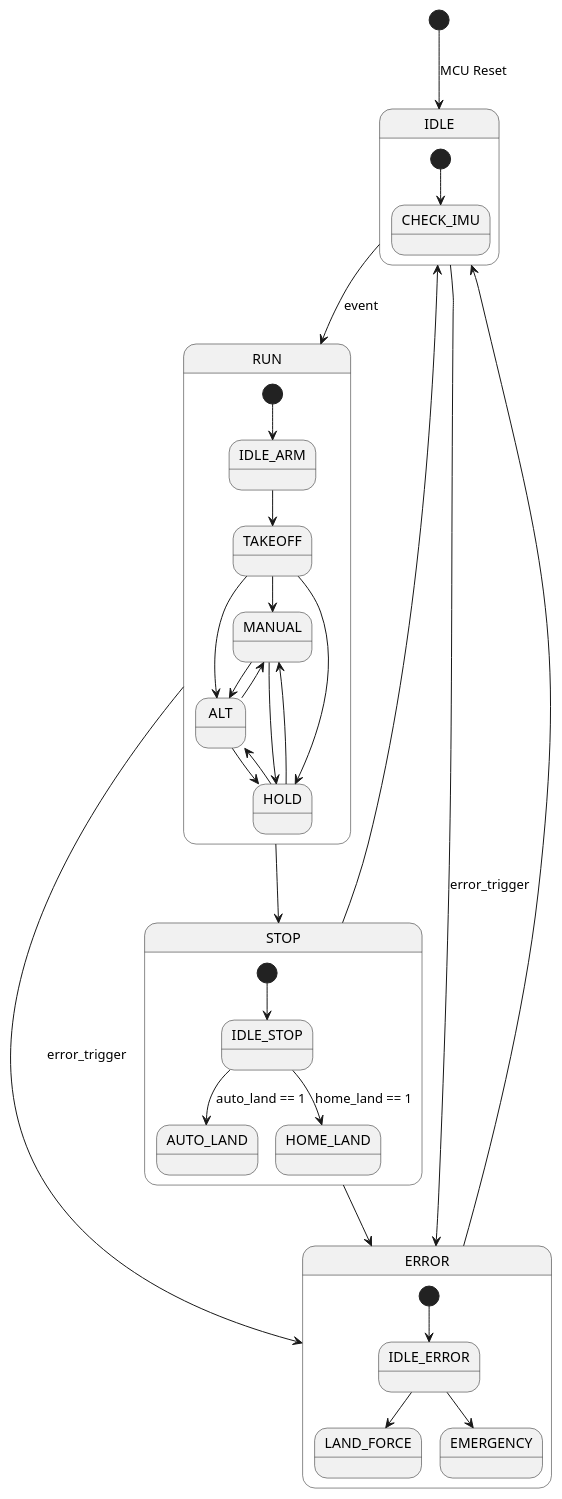
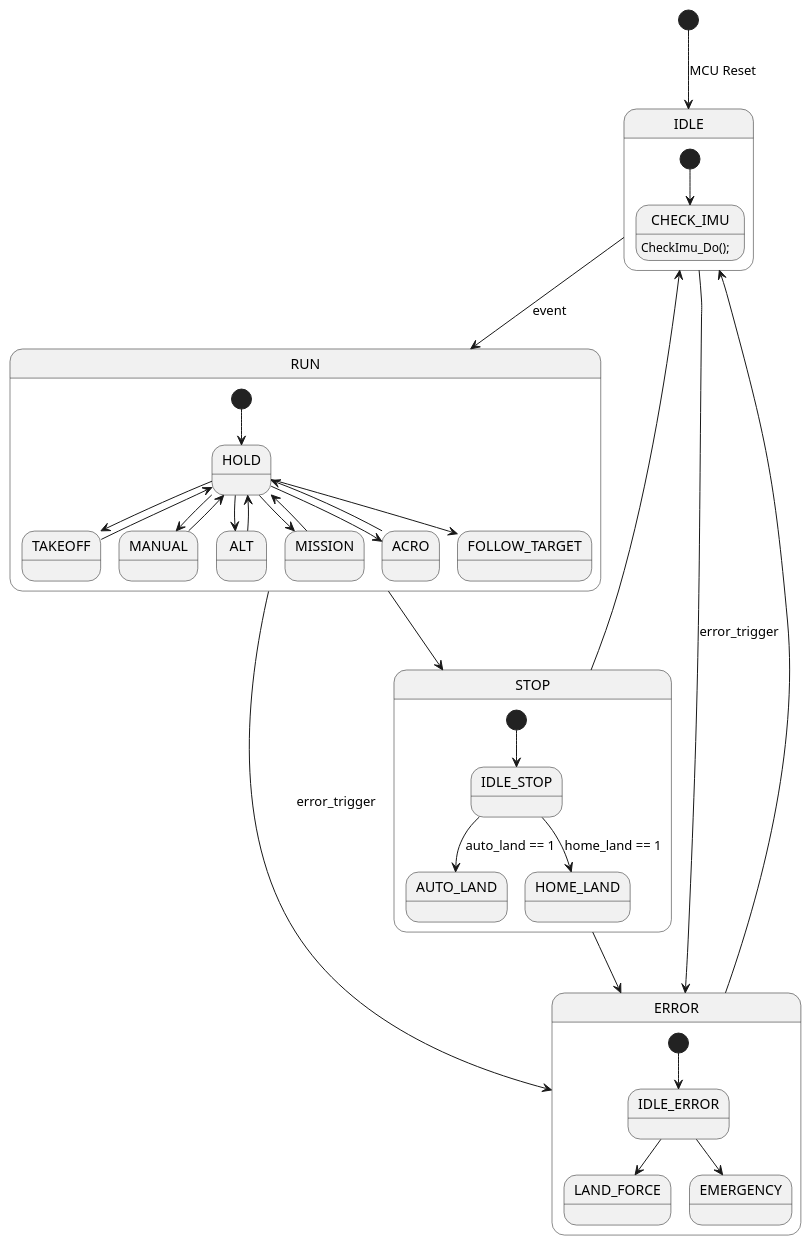
The diagram in graph/statemachine.pu (nguyenhuy0109/Firmware_UAV_ESP32), drawn with PlantUML before and after one commit. The commit also changed 2 other files, not shown here.

```diff
--- a/graph/statemachine.pu
+++ b/graph/statemachine.pu
@@ -1,48 +1,53 @@
 @startuml State_Machine_Graph
 state IDLE {
     [*] --> CHECK_IMU
+    CHECK_IMU : CheckImu_Do();
 }
 state RUN {
-    [*] --> IDLE_ARM
+    [*] --> HOLD
     
-    IDLE_ARM --> TAKEOFF
+    HOLD --> TAKEOFF
+    TAKEOFF --> HOLD
+    
+    HOLD --> MANUAL
+    MANUAL --> HOLD
 
-    TAKEOFF --> MANUAL
-    TAKEOFF --> ALT
-    TAKEOFF --> HOLD
+    HOLD --> ALT
+    ALT --> HOLD
 
-    MANUAL --> ALT
-    MANUAL --> HOLD
-    ALT --> MANUAL
-    ALT --> HOLD
-    HOLD --> ALT
-    HOLD --> MANUAL
+    HOLD --> MISSION
+    MISSION --> HOLD
+
+    HOLD --> ACRO
+    ACRO --> HOLD
+
+    HOLD --> FOLLOW_TARGET
 }
 
 state STOP {
     [*] --> IDLE_STOP
 
     IDLE_STOP --> AUTO_LAND : auto_land == 1
     IDLE_STOP --> HOME_LAND : home_land == 1
 }
 
 state ERROR {
     [*] --> IDLE_ERROR
 
     IDLE_ERROR --> LAND_FORCE
     IDLE_ERROR --> EMERGENCY
 }
 
 [*] --> IDLE : MCU Reset
 IDLE --> RUN : event
 IDLE --> ERROR : error_trigger
 
 
 RUN --> ERROR : error_trigger
 RUN --> STOP 
 
 STOP --> IDLE
 STOP --> ERROR
 
 ERROR --> IDLE
 @enduml
```
